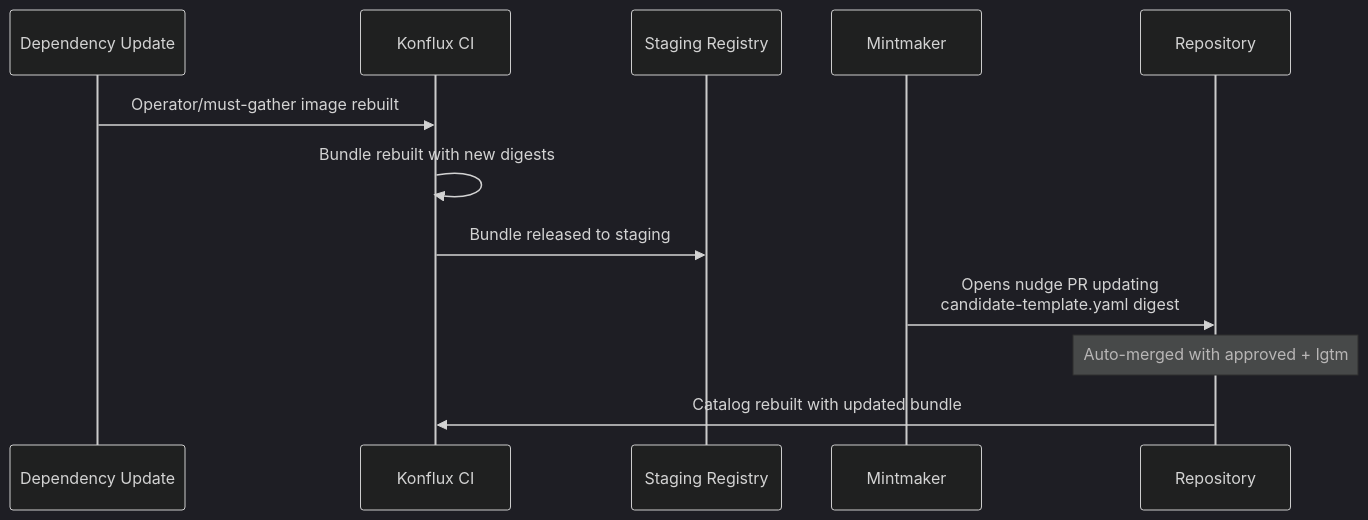
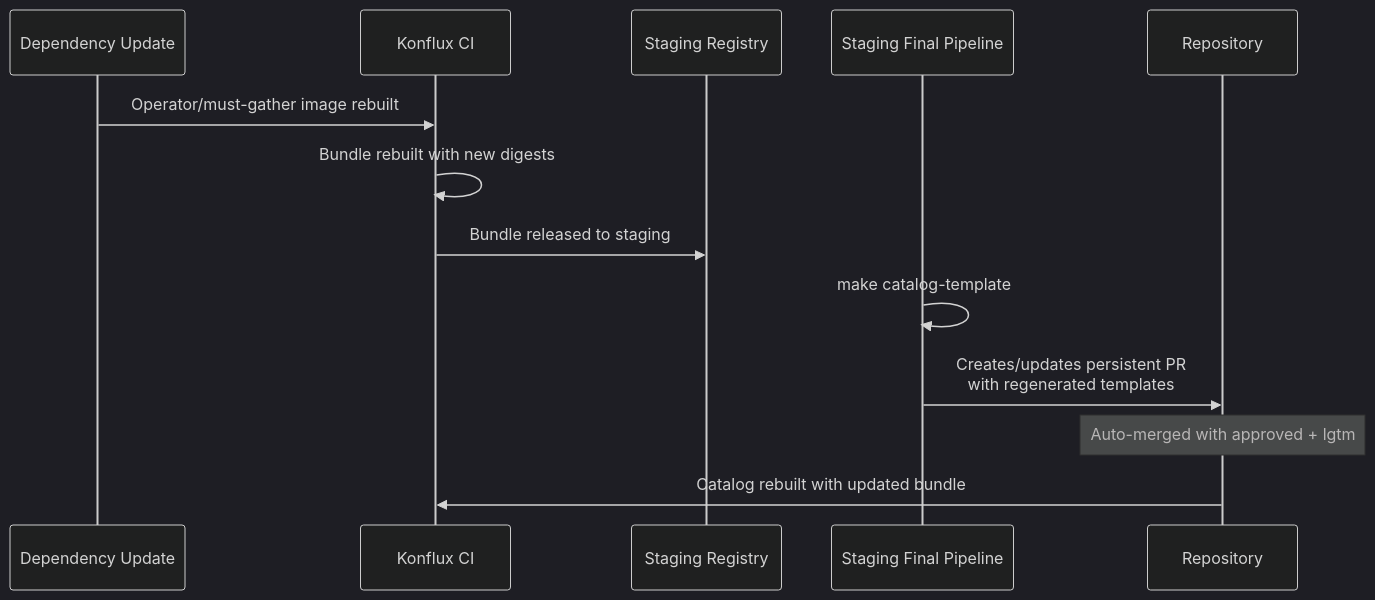
The second of 4 diagrams in docs/konflux/file-based-catalog.md (openshift/lvm-operator), drawn with Mermaid (dark theme) before and after one commit. The commit also changed other lines of this file and 4 other files, not shown here.

````diff
--- a/docs/konflux/file-based-catalog.md
+++ b/docs/konflux/file-based-catalog.md
@@ -40,15 +40,16 @@
 ```mermaid
 sequenceDiagram
     participant Dep as Dependency Update
     participant Konflux as Konflux CI
     participant Staging as Staging Registry
-    participant MM as Mintmaker
+    participant Pipeline as Staging Final Pipeline
     participant Repo as Repository
 
     Dep->>Konflux: Operator/must-gather image rebuilt
     Konflux->>Konflux: Bundle rebuilt with new digests
     Konflux->>Staging: Bundle released to staging
-    MM->>Repo: Opens nudge PR updating<br/>candidate-template.yaml digest
+    Pipeline->>Pipeline: make catalog-template
+    Pipeline->>Repo: Creates/updates persistent PR<br/>with regenerated templates
     Note over Repo: Auto-merged with approved + lgtm
     Repo->>Konflux: Catalog rebuilt with updated bundle
 ```
````
